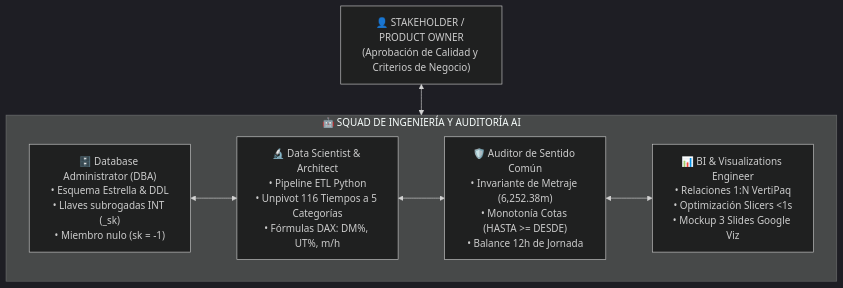
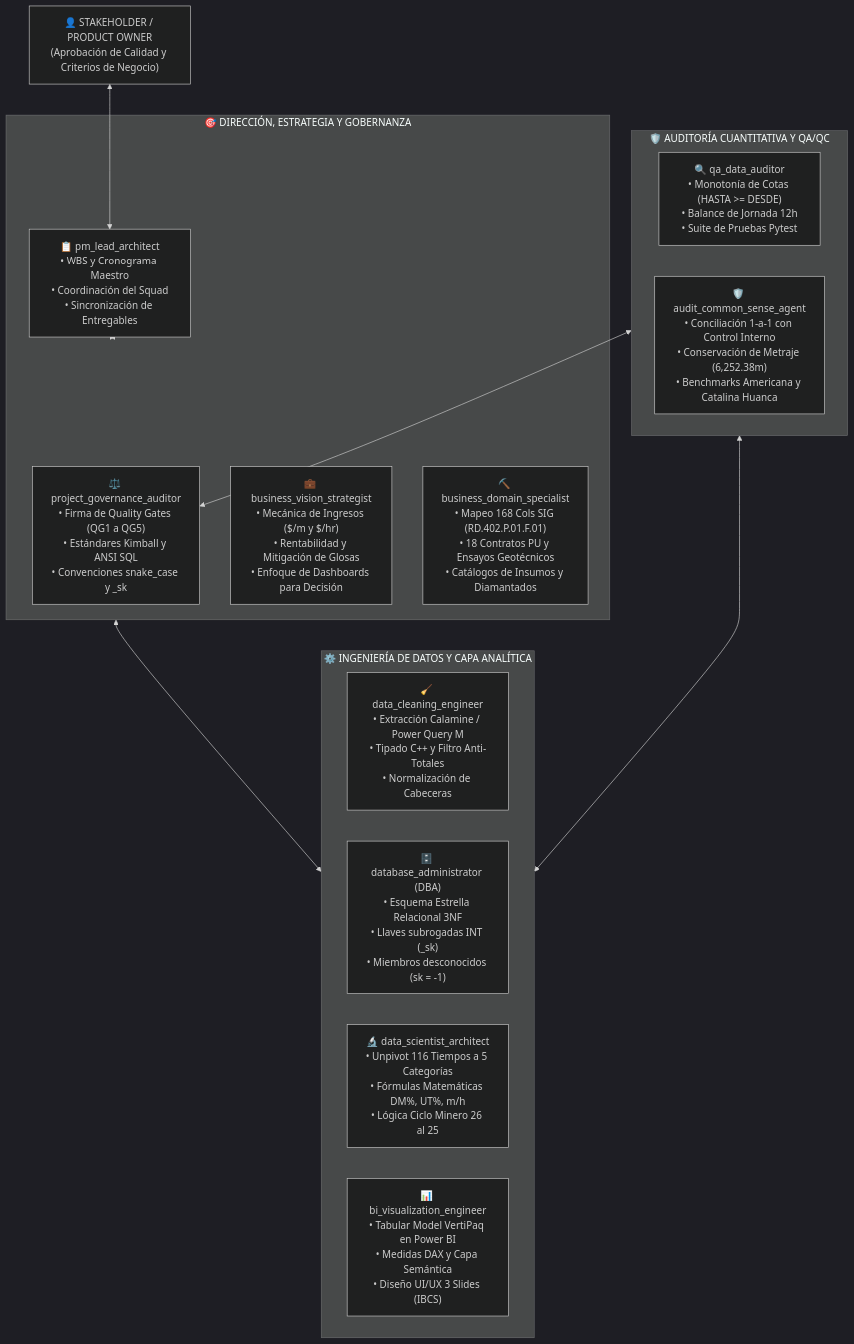
One commit to chihuacoaudaz-png/revision-detallado changed the first of 3 diagrams in planes/01_PLAN_IMPLEMENTACION_FASE_2_MODELADO_DIMENSIONAL.md. Above: the diagram before and after it, drawn with Mermaid (dark theme). The commit also changed other lines of this file, not shown here.

Commit message:
docs(planes): actualizar plan maestro integrando la matriz de responsabilidades de los 10 agentes especializados

````diff
--- a/planes/01_PLAN_IMPLEMENTACION_FASE_2_MODELADO_DIMENSIONAL.md
+++ b/planes/01_PLAN_IMPLEMENTACION_FASE_2_MODELADO_DIMENSIONAL.md
@@ -18,16 +15,29 @@
 ```mermaid
 flowchart TD
     USER["👤 STAKEHOLDER / PRODUCT OWNER<br/>(Aprobación de Calidad y Criterios de Negocio)"]
-    
-    subgraph SQUAD ["🤖 SQUAD DE INGENIERÍA Y AUDITORÍA AI"]
-        DBA["🗄️ Database Administrator (DBA)<br/>• Esquema Estrella & DDL<br/>• Llaves subrogadas INT (_sk)<br/>• Miembro nulo (sk = -1)"]
-        DS["🔬 Data Scientist & Architect<br/>• Pipeline ETL Python<br/>• Unpivot 116 Tiempos a 5 Categorías<br/>• Fórmulas DAX: DM%, UT%, m/h"]
-        QA["🛡️ Auditor de Sentido Común<br/>• Invariante de Metraje (6,252.38m)<br/>• Monotonía Cotas (HASTA >= DESDE)<br/>• Balance 12h de Jornada"]
-        BI["📊 BI & Visualizations Engineer<br/>• Relaciones 1:N VertiPaq<br/>• Optimización Slicers <1s<br/>• Mockup 3 Slides Google Viz"]
+
+    subgraph DIRECCION ["🎯 DIRECCIÓN, ESTRATEGIA Y GOBERNANZA"]
+        PM["📋 pm_lead_architect<br/>• WBS y Cronograma Maestro<br/>• Coordinación del Squad<br/>• Sincronización de Entregables"]
+        GOV["⚖️ project_governance_auditor<br/>• Firma de Quality Gates (QG1 a QG5)<br/>• Estándares Kimball y ANSI SQL<br/>• Convenciones snake_case y _sk"]
+        VIS["💼 business_vision_strategist<br/>• Mecánica de Ingresos ($/m y $/hr)<br/>• Rentabilidad y Mitigación de Glosas<br/>• Enfoque de Dashboards para Decisión"]
+        DOM["⛏️ business_domain_specialist<br/>• Mapeo 168 Cols SIG (RD.402.P.01.F.01)<br/>• 18 Contratos PU y Ensayos Geotécnicos<br/>• Catálogos de Insumos y Diamantados"]
     end
-    
-    USER <--> SQUAD
-    DBA <--> DS
-    DS <--> QA
-    QA <--> BI
+
+    subgraph INGENIERIA ["⚙️ INGENIERÍA DE DATOS Y CAPA ANALÍTICA"]
+        CLEAN["🧹 data_cleaning_engineer<br/>• Extracción Calamine / Power Query M<br/>• Tipado C++ y Filtro Anti-Totales<br/>• Normalización de Cabeceras"]
+        DBA["🗄️ database_administrator (DBA)<br/>• Esquema Estrella Relacional 3NF<br/>• Llaves subrogadas INT (_sk)<br/>• Miembros desconocidos (sk = -1)"]
+        DS["🔬 data_scientist_architect<br/>• Unpivot 116 Tiempos a 5 Categorías<br/>• Fórmulas Matemáticas DM%, UT%, m/h<br/>• Lógica Ciclo Minero 26 al 25"]
+        BI["📊 bi_visualization_engineer<br/>• Tabular Model VertiPaq en Power BI<br/>• Medidas DAX y Capa Semántica<br/>• Diseño UI/UX 3 Slides (IBCS)"]
+    end
+
+    subgraph AUDITORIA ["🛡️ AUDITORÍA CUANTITATIVA Y QA/QC"]
+        QA["🔍 qa_data_auditor<br/>• Monotonía de Cotas (HASTA >= DESDE)<br/>• Balance de Jornada 12h<br/>• Suite de Pruebas Pytest"]
+        SENSE["🛡️ audit_common_sense_agent<br/>• Conciliación 1-a-1 con Control Interno<br/>• Conservación de Metraje (6,252.38m)<br/>• Benchmarks Americana y Catalina Huanca"]
+    end
+
+    USER <--> PM
+    PM <--> DIRECCION
+    DIRECCION <--> INGENIERIA
+    INGENIERIA <--> AUDITORIA
+    AUDITORIA <--> GOV
 ```
````
